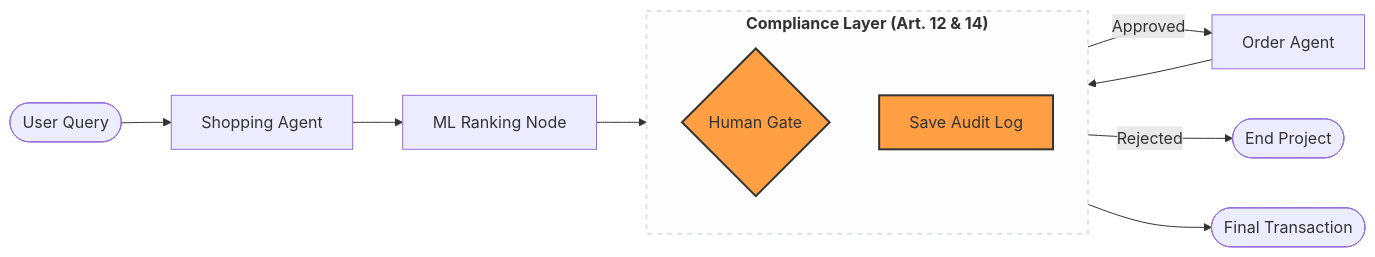
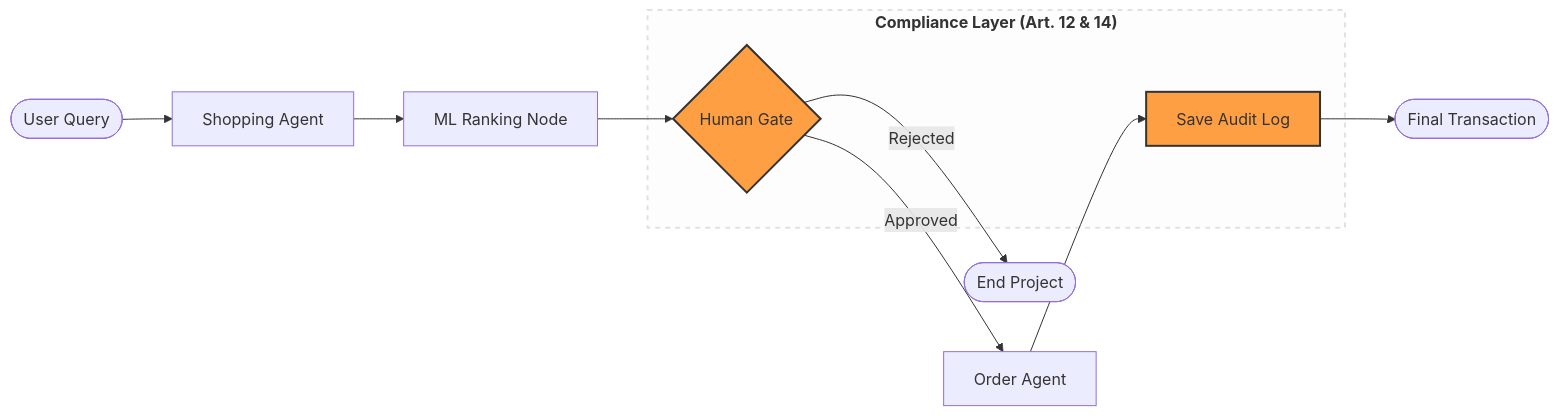
The diagram in README.md (VinitaSilaparasetty/multi-agent-audit-poc), drawn with Mermaid before and after one commit.

Commit message:
docs: optimize architecture diagram for linear readability

````diff
--- a/README.md
+++ b/README.md
@@ -11,24 +11,26 @@
 ```mermaid
 graph LR
-    %% Main Flow
+    %% Primary Flow
     A([User Query]) --> B[Shopping Agent]
     B --> C[ML Ranking Node]
     
-    %% Compliance Section (Separated Horizontally)
     subgraph Compliance ["<b>Compliance Layer (Art. 12 & 14)</b>"]
-        direction TB
         D{Human Gate}
         E[Save Audit Log]
     end
 
     C --> D
+    
+    %% Approval Branch (Straight Line)
     D -- Approved --> F[Order Agent]
-    D -- Rejected --> G([End Project])
     F --> E
     E --> H([Final Transaction])
+
+    %% Rejection Branch (Exit Path)
+    D -- Rejected --> G([End Project])
 
     %% Professional Styling
     style D fill:#ff9f43,stroke:#333,stroke-width:2px
     style E fill:#ff9f43,stroke:#333,stroke-width:2px
     style Compliance fill:#fdfdfd,stroke:#dee2e6,stroke-width:2px,stroke-dasharray: 5 5
 ```
````
